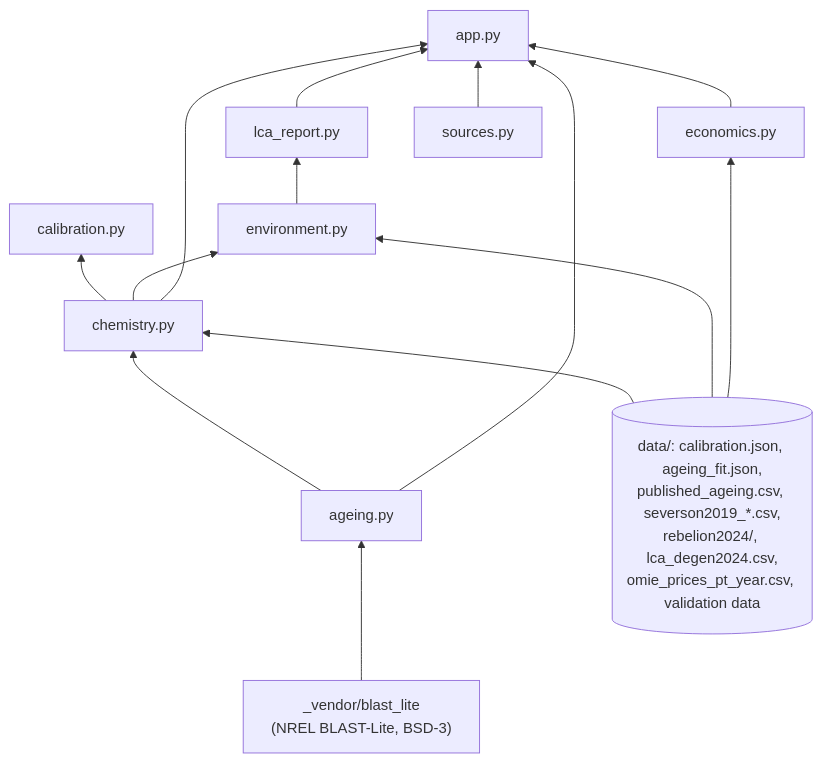
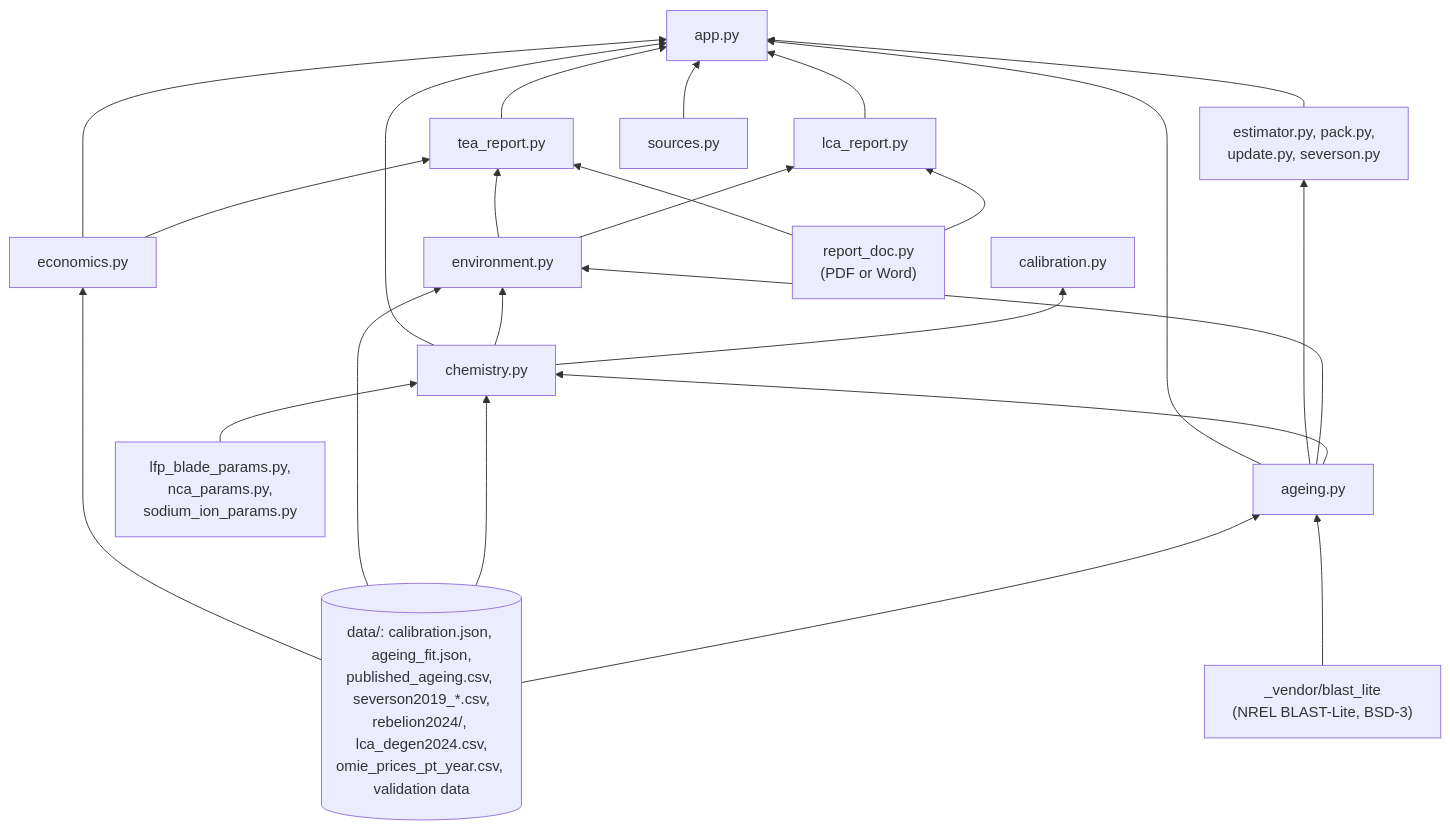
The fourth of 12 diagrams in README.md (TheJohn01/DigitalTwinBattery), drawn with Mermaid before and after one commit. The commit also changed other lines of this file and 5 other files, not shown here.

First line of the commit message:
README diagrams: add missing steps and figures, fix order

````diff
--- a/README.md
+++ b/README.md
@@ -340,24 +350,38 @@
 ```mermaid
 flowchart BT
     vendor["_vendor/blast_lite<br/>(NREL BLAST-Lite, BSD-3)"]
     ageing["ageing.py"]
     chemistry["chemistry.py"]
     calibration["calibration.py"]
     economics["economics.py"]
     environment["environment.py"]
     report["lca_report.py"]
+    tea["tea_report.py"]
+    doc["report_doc.py<br/>(PDF or Word)"]
+    params["lfp_blade_params.py,<br/>nca_params.py,<br/>sodium_ion_params.py"]
+    small["estimator.py, pack.py,<br/>update.py, severson.py"]
     sources["sources.py"]
     app["app.py"]
     data[("data/: calibration.json, ageing_fit.json,<br/>published_ageing.csv, severson2019_*.csv,<br/>rebelion2024/, lca_degen2024.csv,<br/>omie_prices_pt_year.csv, validation data")]
     vendor --> ageing --> chemistry
+    params --> chemistry
+    data --> ageing
     data --> chemistry
     data --> environment
     data --> economics
     chemistry --> calibration
     chemistry --> environment --> report
+    ageing --> environment
+    doc --> report
+    doc --> tea
+    economics --> tea
+    environment --> tea
+    ageing --> small
     chemistry --> app
     ageing --> app
     economics --> app
     report --> app
+    tea --> app
+    small --> app
     sources --> app
 ```
````
